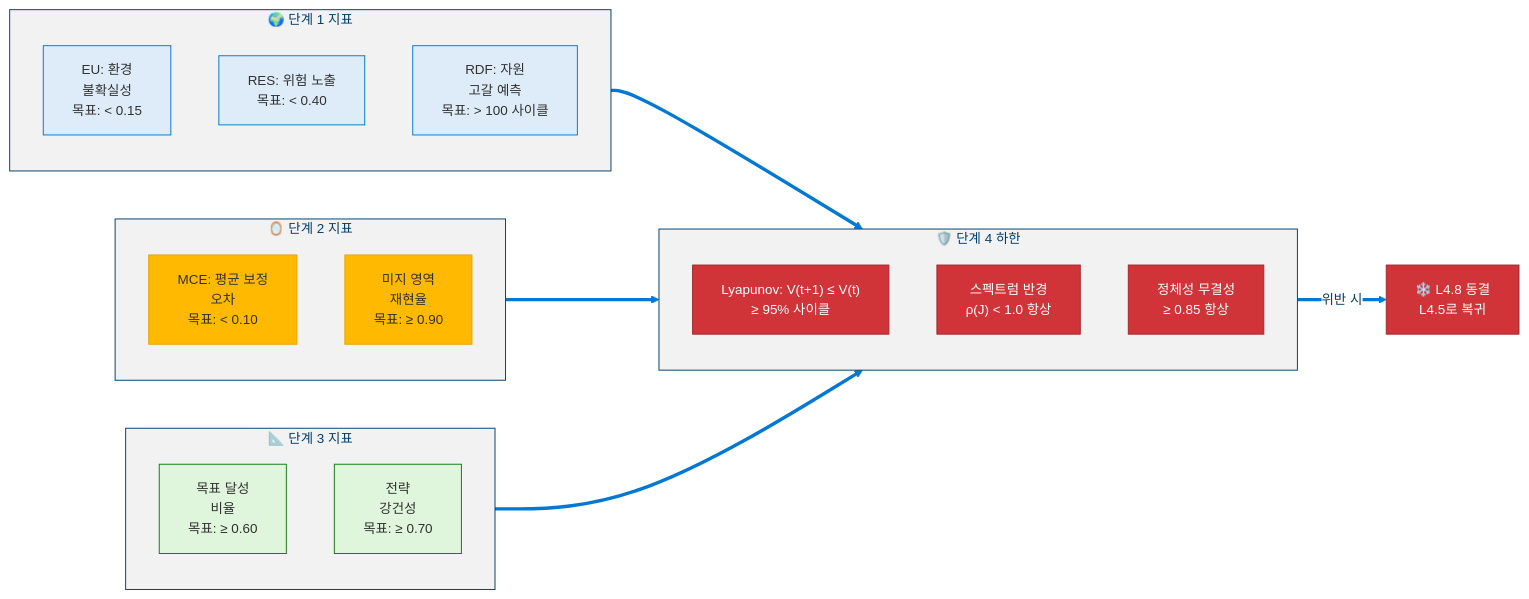
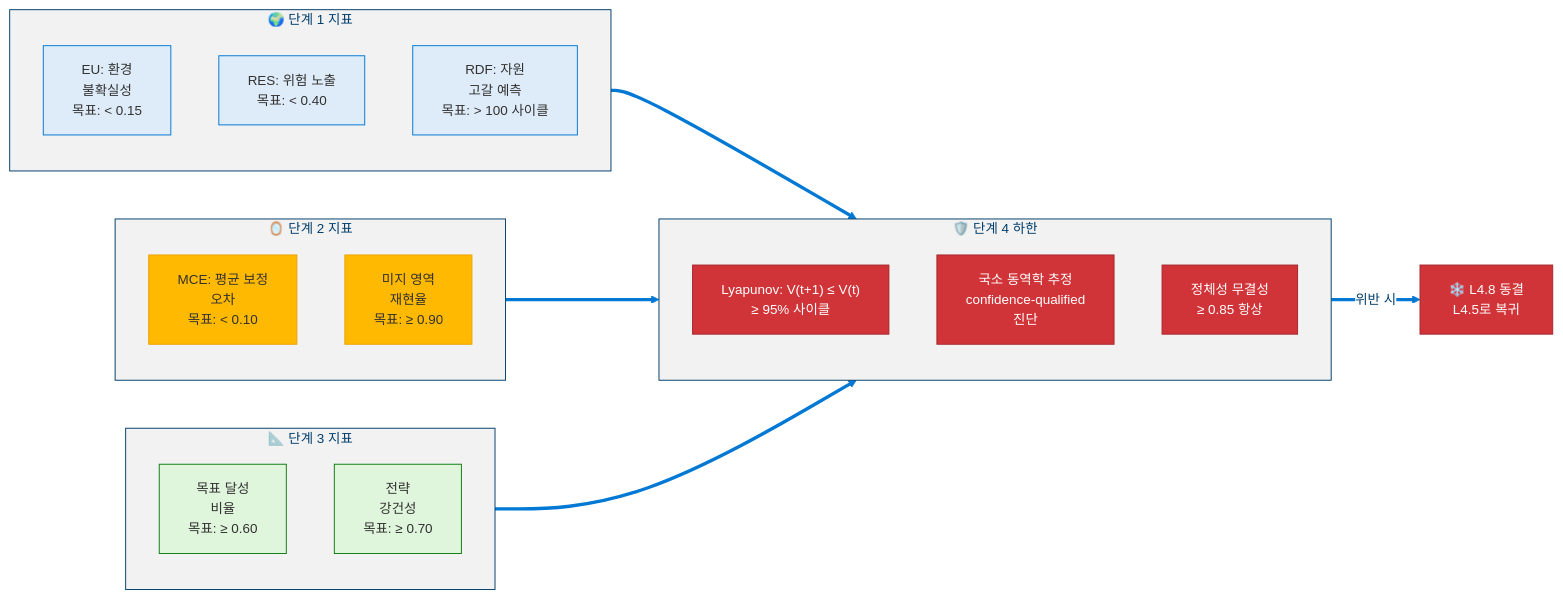
One commit to dotnetpower/mscp changed the third of 17 diagrams in docs/levels/Level_4_8_Strategic_Self_Modeling.ko.md. Above: the diagram before and after it, drawn with Mermaid. The commit also changed other lines of this file and 21 other files, not shown here.

````diff
--- a/docs/levels/Level_4_8_Strategic_Self_Modeling.ko.md
+++ b/docs/levels/Level_4_8_Strategic_Self_Modeling.ko.md
@@ -203,38 +210,38 @@
 ```mermaid
 %%{init: {'theme': 'base', 'themeVariables': {'primaryColor': '#0078D4', 'primaryTextColor': '#003D6B', 'primaryBorderColor': '#003D6B', 'secondaryColor': '#50E6FF', 'secondaryTextColor': '#323130', 'secondaryBorderColor': '#00BCF2', 'tertiaryColor': '#F2F2F2', 'tertiaryTextColor': '#323130', 'lineColor': '#0078D4', 'textColor': '#323130', 'mainBkg': '#DEECF9', 'nodeBorder': '#0078D4', 'clusterBkg': '#F2F2F2', 'clusterBorder': '#003D6B', 'titleColor': '#003D6B', 'edgeLabelBackground': '#FFFFFF', 'fontSize': '14px'}}}%%
 flowchart LR
   classDef world fill:#DEECF9,stroke:#0078D4,color:#323130
   classDef self fill:#FFB900,stroke:#EAA300,color:#323130
   classDef strategic fill:#DFF6DD,stroke:#107C10,color:#323130
   classDef stability fill:#D13438,stroke:#A4262C,color:#FFF
   classDef freeze fill:#D13438,stroke:#A4262C,color:#FFF
 
   subgraph WorldModel["🌍 단계 1 지표"]
     EU["EU: 환경<br/>불확실성<br/>목표: < 0.15"]:::world
     RES["RES: 위험 노출<br/>목표: < 0.40"]:::world
     RDF["RDF: 자원<br/>고갈 예측<br/>목표: > 100 사이클"]:::world
   end
 
   subgraph SelfModel["🪞 단계 2 지표"]
     MCE["MCE: 평균 보정<br/>오차<br/>목표: < 0.10"]:::self
     UDR["미지 영역<br/>재현율<br/>목표: ≥ 0.90"]:::self
   end
 
   subgraph Strategic["📐 단계 3 지표"]
     GCR["목표 달성<br/>비율<br/>목표: ≥ 0.60"]:::strategic
     SRB["전략<br/>강건성<br/>목표: ≥ 0.70"]:::strategic
   end
 
   subgraph Stability["🛡️ 단계 4 하한"]
     LYA["Lyapunov: V(t+1) ≤ V(t)<br/>≥ 95% 사이클"]:::stability
-    SPR["스펙트럼 반경<br/>ρ(J) < 1.0 항상"]:::stability
+    SPR["국소 동역학 추정<br/>confidence-qualified<br/>진단"]:::stability
     IIS["정체성 무결성<br/>≥ 0.85 항상"]:::stability
   end
 
   FREEZE["❄️ L4.8 동결<br/>L4.5로 복귀"]:::freeze
 
   WorldModel ==> Stability
   SelfModel ==> Stability
   Strategic ==> Stability
   Stability ==>|"위반 시"| FREEZE
 ```
````
